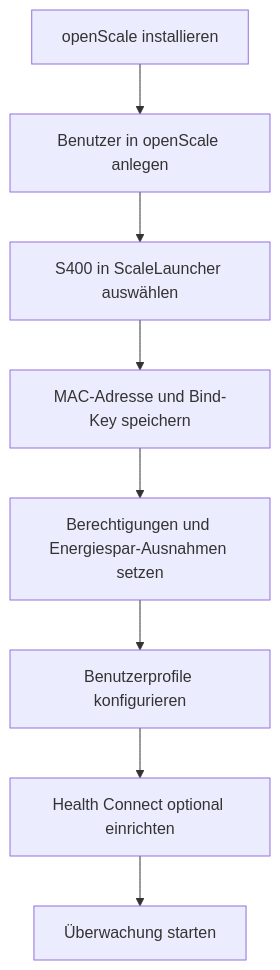
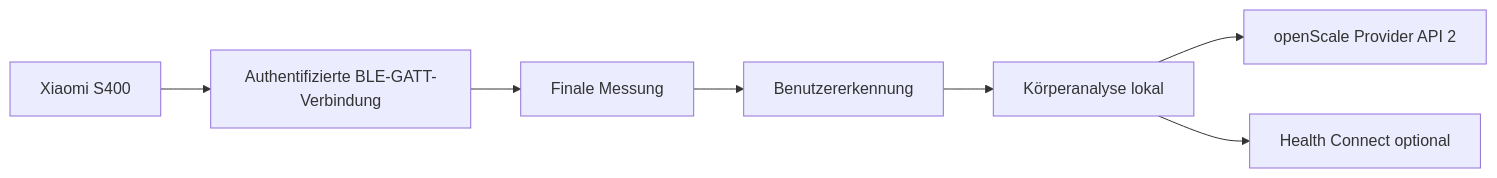
Before and after one commit to 1260er/ScaleLauncher: the diagram in README.de.md, drawn with Mermaid. The commit also changed other lines of this file and 9 other files, not shown here.

````diff
--- a/README.de.md
+++ b/README.de.md
@@ -168,10 +37,9 @@
 ```mermaid
-flowchart TD
-    A[openScale installieren] --> B[Benutzer in openScale anlegen]
-    B --> C[S400 in ScaleLauncher auswählen]
-    C --> D[MAC-Adresse und Bind-Key speichern]
-    D --> E[Berechtigungen und Energiespar-Ausnahmen setzen]
-    E --> F[Benutzerprofile konfigurieren]
-    F --> G[Health Connect optional einrichten]
-    G --> H[Überwachung starten]
+flowchart LR
+    A[Xiaomi S400] --> B[Authentifizierte BLE-GATT-Verbindung]
+    B --> C[Finale Messung]
+    C --> D[Benutzererkennung]
+    D --> E[Körperanalyse lokal]
+    E --> F[openScale Provider API 2]
+    E --> G[Health Connect optional]
 ```
````
